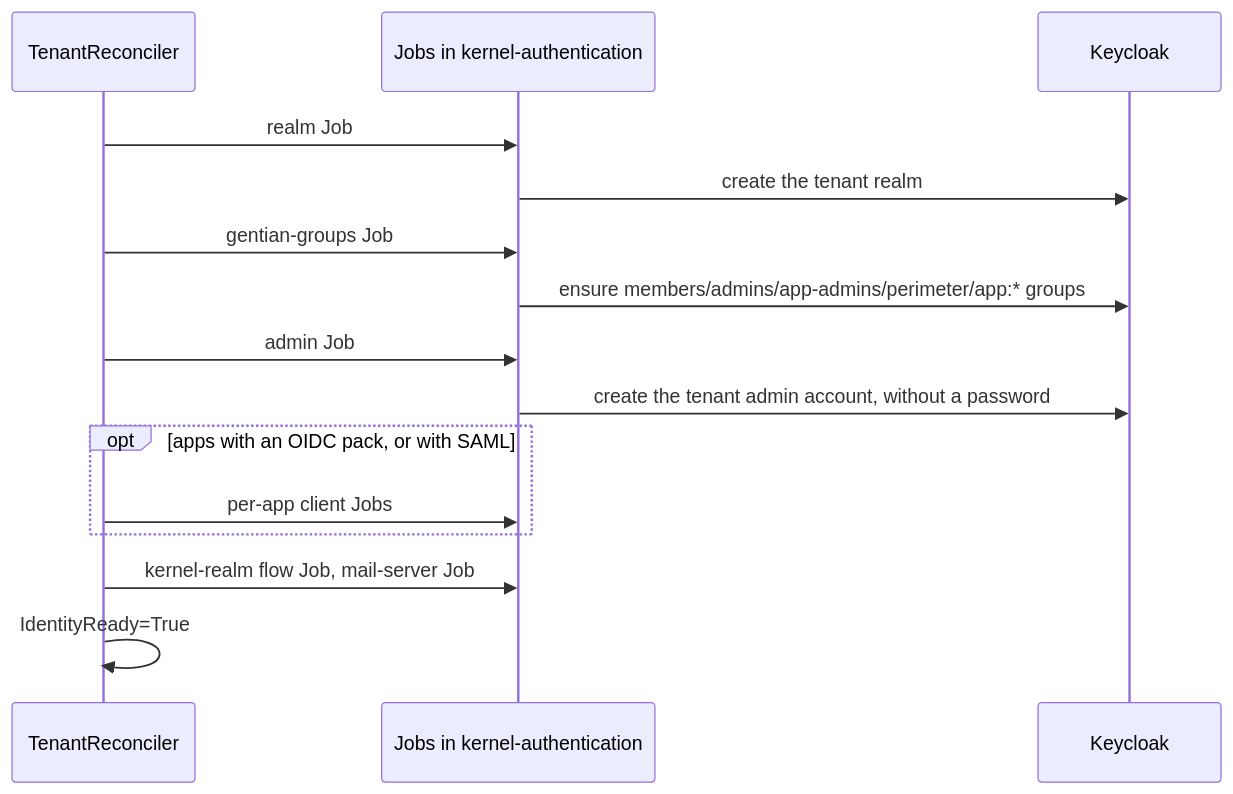
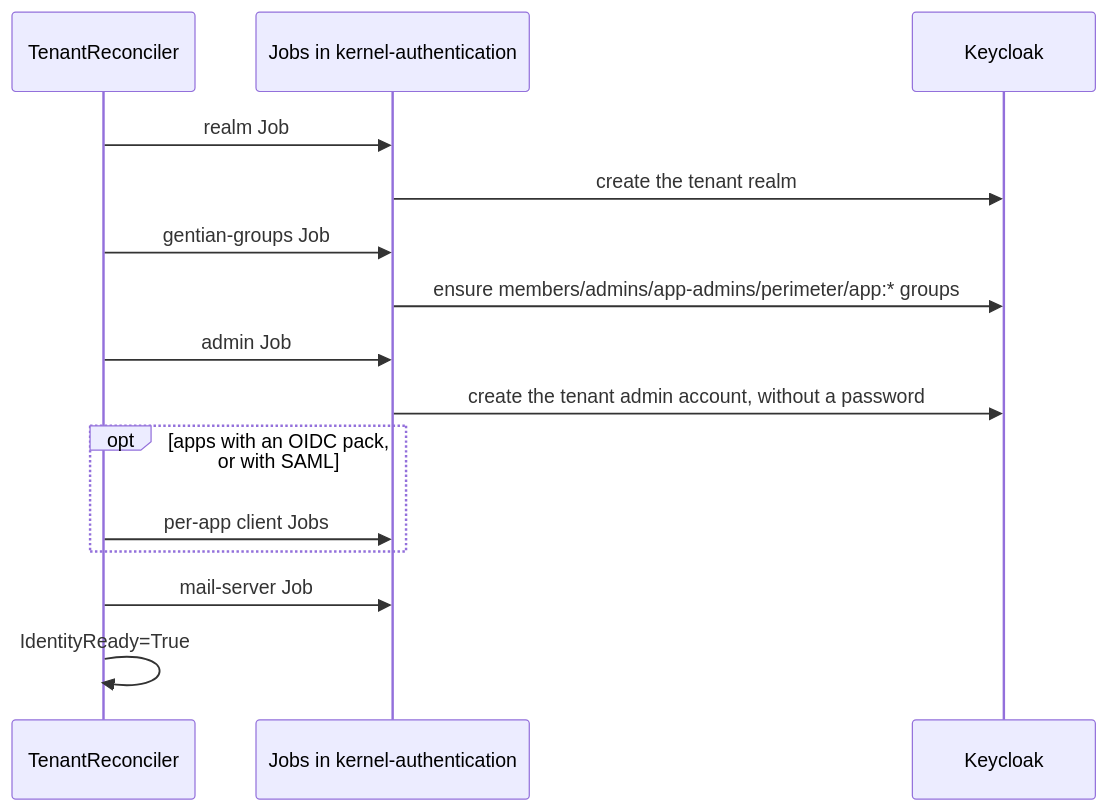
Before and after one commit to gentian-org/gentian-os: the diagram in docs/design/iam.md, drawn with Mermaid. The commit also changed other lines of this file and 5 other files, not shown here.

First line of the commit message:
docs(iam): the kernel realm as hub for the tenants' administrators

````diff
--- a/docs/design/iam.md
+++ b/docs/design/iam.md
@@ -363,18 +486,18 @@
 ```mermaid
 sequenceDiagram
   participant TR as TenantReconciler
   participant KC as Jobs in kernel-authentication
   participant K as Keycloak
 
   TR->>KC: realm Job
   KC->>K: create the tenant realm
   TR->>KC: gentian-groups Job
   KC->>K: ensure members/admins/app-admins/perimeter/app:* groups
   TR->>KC: admin Job
   KC->>K: create the tenant admin account, without a password
   opt apps with an OIDC pack, or with SAML
     TR->>KC: per-app client Jobs
   end
-  TR->>KC: kernel-realm flow Job, mail-server Job
+  TR->>KC: mail-server Job
   TR->>TR: IdentityReady=True
 ```
````
